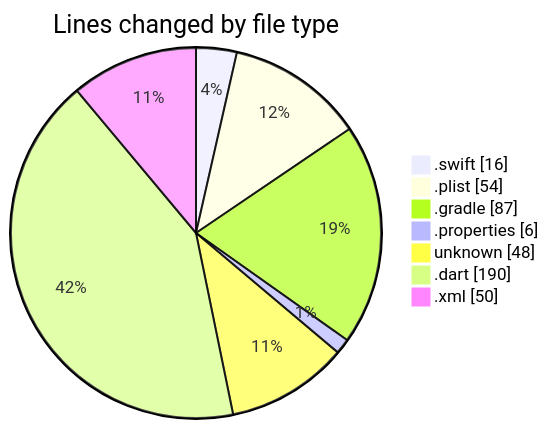
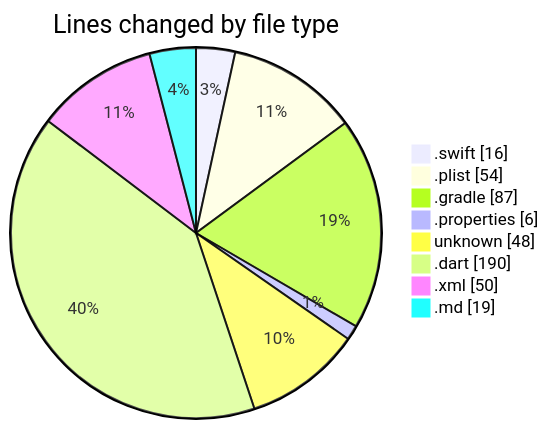
One commit to donsfak/code-tracking changed the first of 2 diagrams in 2025-01-02/maps_clone/README.md. Above: the diagram before and after it, drawn with Mermaid. The commit also changed other lines of this file and 2 other files, not shown here.

````diff
--- a/2025-01-02/maps_clone/README.md
+++ b/2025-01-02/maps_clone/README.md
@@ -29,11 +30,12 @@
 ```mermaid
 pie showData
 title Lines changed by file type
 ".swift" : 16
 ".plist" : 54
 ".gradle" : 87
 ".properties" : 6
 "unknown" : 48
 ".dart" : 190
 ".xml" : 50
+".md" : 19
 ```
````
